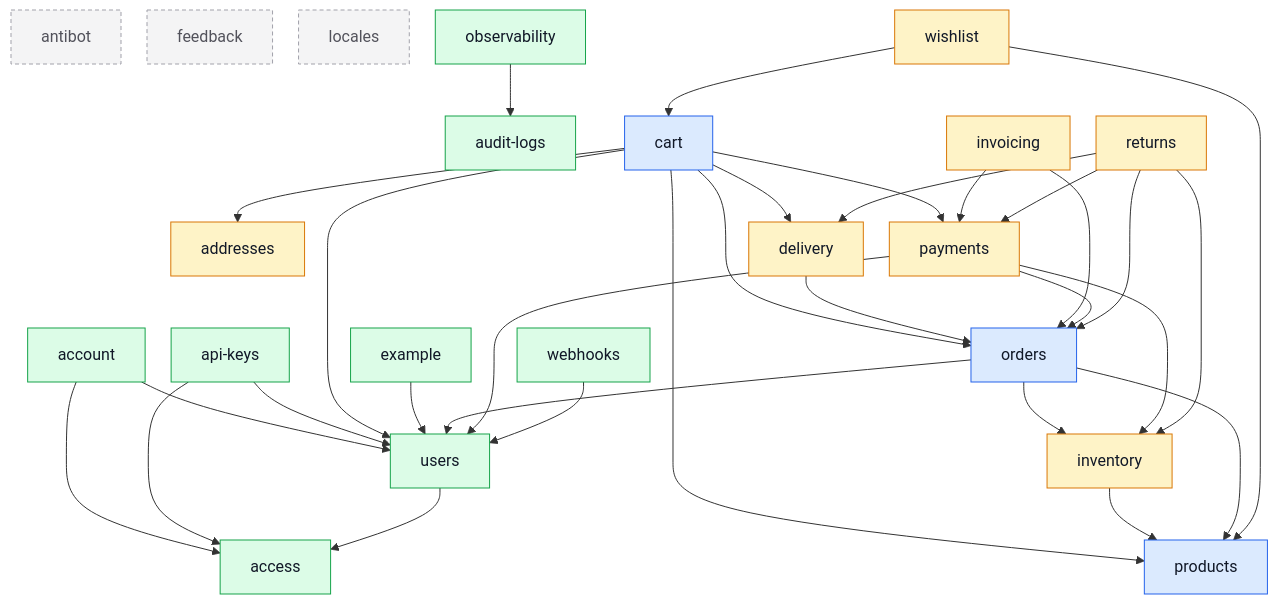
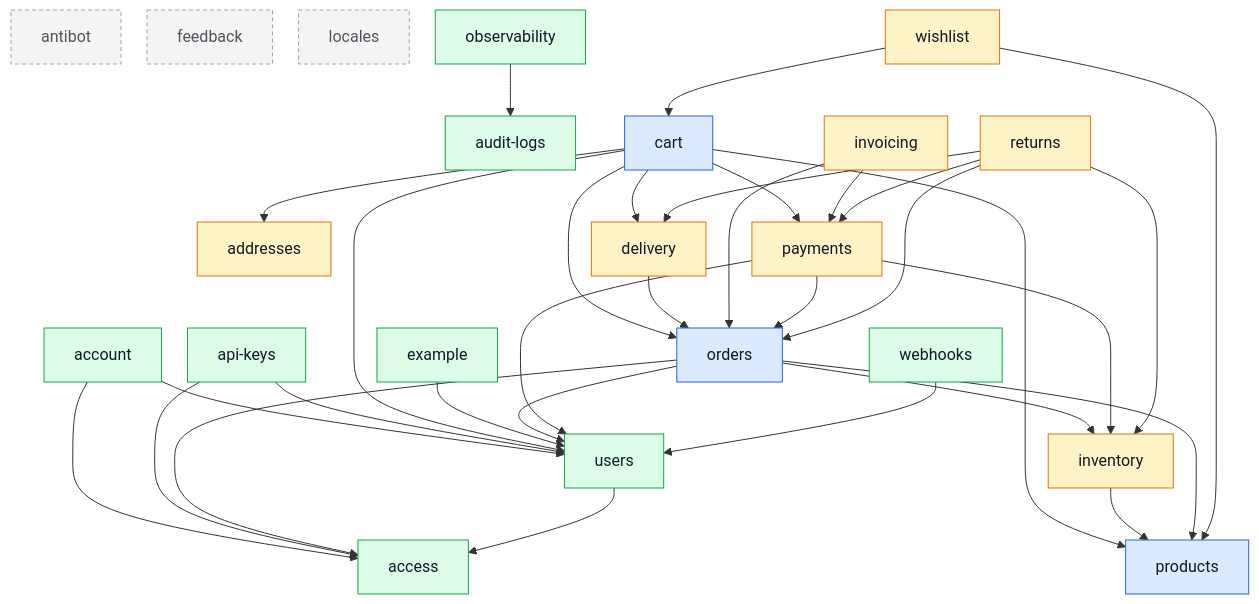
The diagram in docs/modules/index.md (Guebbit/boilerplate-node-backend), drawn with Mermaid before and after one commit. The commit also changed other lines of this file and 8 other files, not shown here.

````diff
--- a/docs/modules/index.md
+++ b/docs/modules/index.md
@@ -40,65 +40,66 @@
 ```mermaid
 %%{init: {'flowchart': {'nodeSpacing': 26, 'rankSpacing': 52}}}%%
 flowchart TD
     access
     account
     addresses
     antibot
     api_keys["api-keys"]
     audit_logs["audit-logs"]
     cart
     delivery
     example
     feedback
     inventory
     invoicing
     locales
     observability
     orders
     payments
     products
     returns
     users
     webhooks
     wishlist
 
     account --> access
     account --> users
     api_keys --> access
     api_keys --> users
     cart --> addresses
     cart --> delivery
     cart --> orders
     cart --> payments
     cart --> products
     cart --> users
     delivery --> orders
     example --> users
     inventory --> products
     invoicing --> orders
     invoicing --> payments
     observability --> audit_logs
+    orders --> access
     orders --> inventory
     orders --> products
     orders --> users
     payments --> inventory
     payments --> orders
     payments --> users
     returns --> delivery
     returns --> inventory
     returns --> orders
     returns --> payments
     users --> access
     webhooks --> users
     wishlist --> cart
     wishlist --> products
 
     classDef core fill:#dbeafe,stroke:#2563eb,color:#111827;
     classDef supporting fill:#fef3c7,stroke:#d97706,color:#111827;
     classDef generic fill:#dcfce7,stroke:#16a34a,color:#111827;
     classDef isolated fill:#f4f4f5,stroke:#a1a1aa,color:#52525b,stroke-dasharray:4 3;
     class cart,orders,products core;
     class addresses,delivery,inventory,invoicing,payments,returns,wishlist supporting;
     class access,account,api_keys,audit_logs,example,observability,users,webhooks generic;
     class antibot,feedback,locales isolated;
 ```
````
